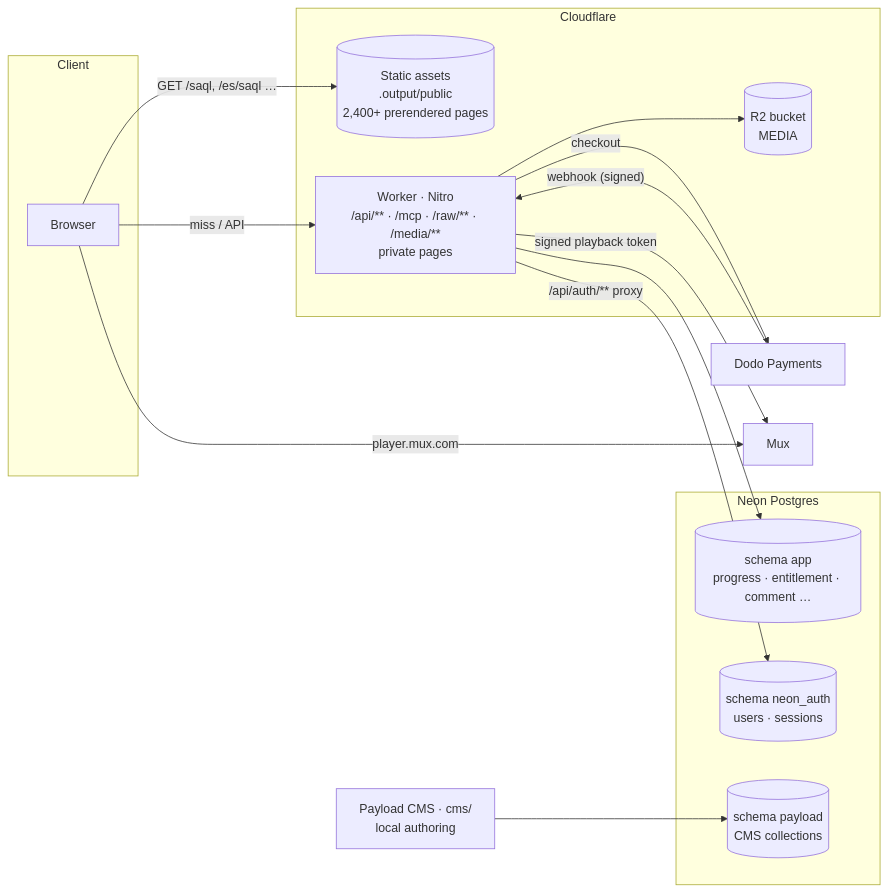
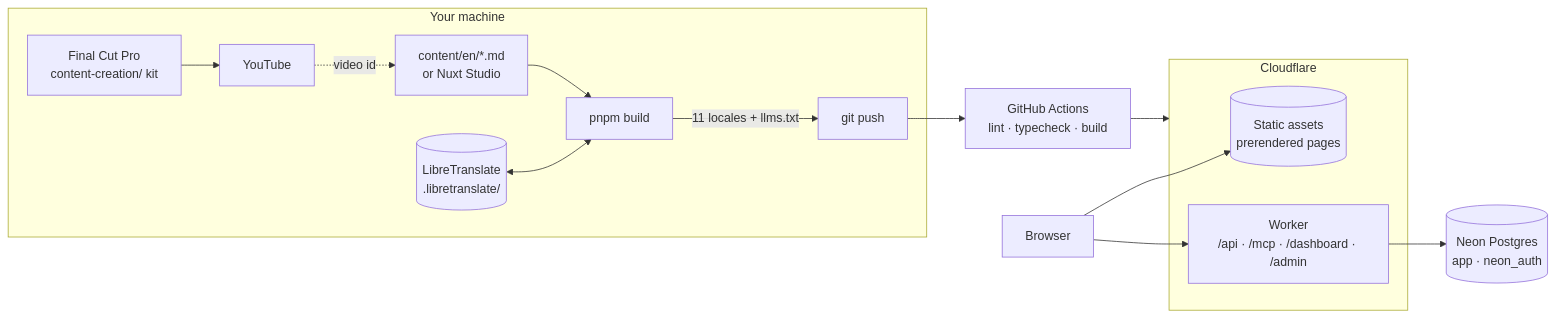
Before and after one commit to imswarnil/CRM-Analytics-Academy: the diagram in README.md, drawn with Mermaid. The commit also changed other lines of this file and 2981 other files, not shown here.

First line of the commit message:
feat: free course published section by section, AdSense, YouTube, learner dashboard, first-party analytics, local translation

````diff
--- a/README.md
+++ b/README.md
@@ -231,29 +114,18 @@
 ```mermaid
 flowchart LR
-  subgraph Client
-    B[Browser]
+  subgraph Mac[Your machine]
+    MD[content/en/*.md<br/>or Nuxt Studio] --> B[pnpm build]
+    LT[(LibreTranslate<br/>.libretranslate/)] <--> B
+    B -->|11 locales + llms.txt| G[git push]
+    FCP[Final Cut Pro<br/>content-creation/ kit] --> YT[YouTube] -.video id.-> MD
   end
-
-  subgraph Cloudflare
-    A[(Static assets<br/>.output/public<br/>2,400+ prerendered pages)]
-    W[Worker · Nitro<br/>/api/** · /mcp · /raw/** · /media/**<br/>private pages]
-    R2[(R2 bucket<br/>MEDIA)]
+  G --> CI[GitHub Actions<br/>lint · typecheck · build]
+  CI --> CF
+  subgraph CF[Cloudflare]
+    A[(Static assets<br/>prerendered pages)]
+    W[Worker<br/>/api · /mcp · /dashboard · /admin]
   end
-
-  subgraph Neon Postgres
-    APP[(schema app<br/>progress · entitlement · comment …)]
-    AUTH[(schema neon_auth<br/>users · sessions)]
-    PL[(schema payload<br/>CMS collections)]
-  end
-
-  B -- "GET /saql, /es/saql …" --> A
-  B -- "miss / API" --> W
-  W --> APP
-  W -- "/api/auth/** proxy" --> AUTH
-  W --> R2
-  W -- "checkout" --> DODO[Dodo Payments]
-  DODO -- "webhook (signed)" --> W
-  W -- "signed playback token" --> MUX[Mux]
-  B -- "player.mux.com" --> MUX
-  CMS[Payload CMS · cms/<br/>local authoring] --> PL
+  W --> NEON[(Neon Postgres<br/>app · neon_auth)]
+  Browser --> A
+  Browser --> W
 ```
````
